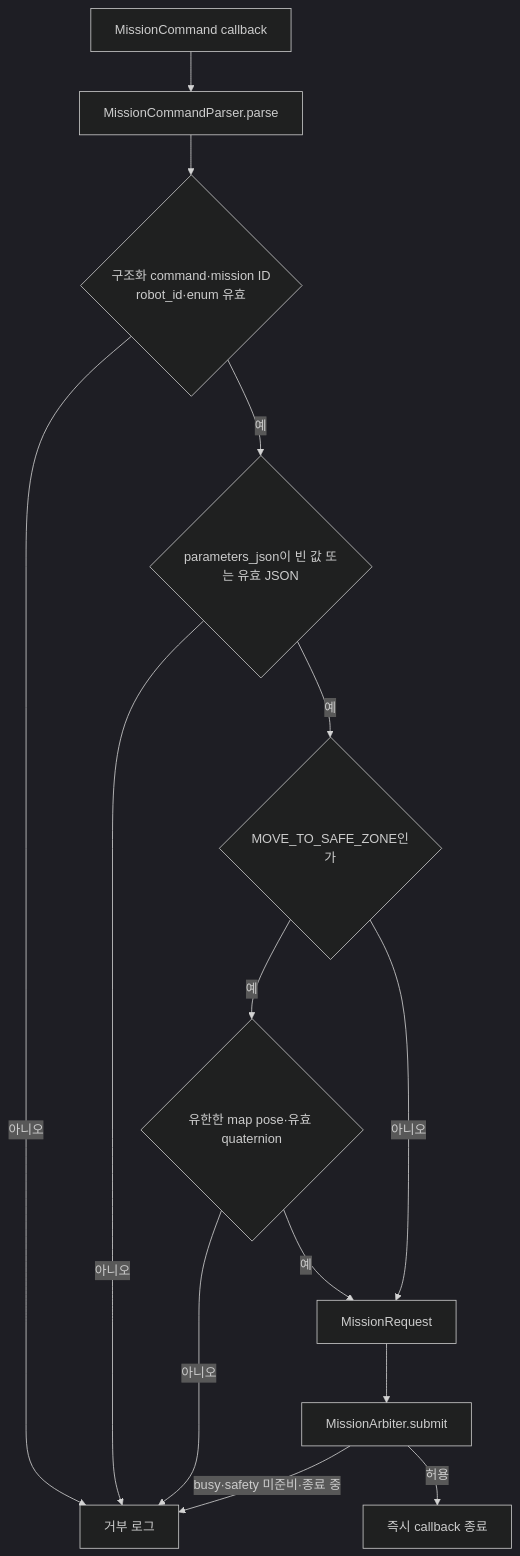
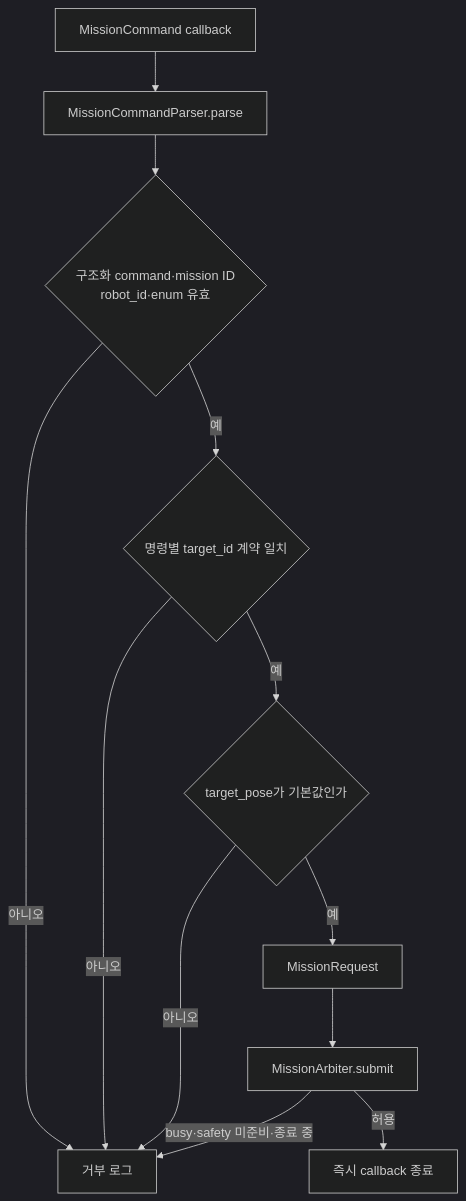
One commit to suuuhululu/patrol changed the seventh of 29 diagrams in src/patrol_amr/docs/mission_navigation.md. Above: the diagram before and after it, drawn with Mermaid (dark theme). The commit also changed 42 other files, not shown here.

```diff
--- a/src/patrol_amr/docs/mission_navigation.md
+++ b/src/patrol_amr/docs/mission_navigation.md
@@ -201,16 +201,14 @@
 ~~~mermaid
 flowchart TD
     A[MissionCommand callback] --> B[MissionCommandParser.parse]
     B --> C{구조화 command·mission ID<br/>robot_id·enum 유효}
     C -->|아니오| R[거부 로그]
-    C -->|예| D{parameters_json이 빈 값 또는 유효 JSON}
+    C -->|예| D{명령별 target_id 계약 일치}
     D -->|아니오| R
-    D -->|예| E{MOVE_TO_SAFE_ZONE인가}
-    E -->|예| F{유한한 map pose·유효 quaternion}
-    F -->|아니오| R
-    F -->|예| G[MissionRequest]
-    E -->|아니오| G
+    D -->|예| E{target_pose가 기본값인가}
+    E -->|아니오| R
+    E -->|예| G[MissionRequest]
     G --> H[MissionArbiter.submit]
     H -->|허용| I[즉시 callback 종료]
     H -->|busy·safety 미준비·종료 중| R
 ~~~
```
